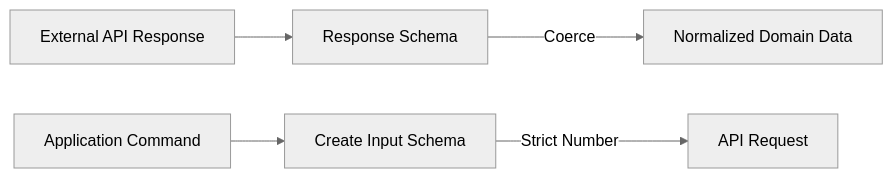
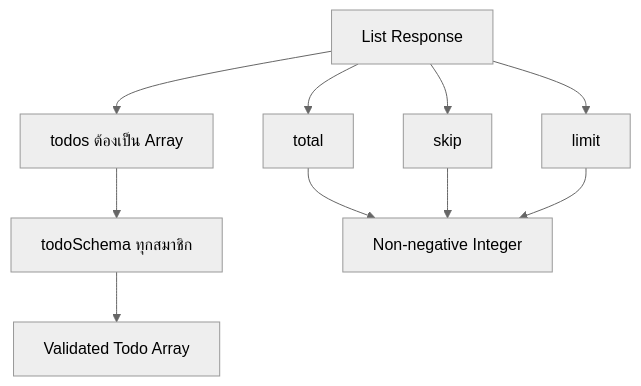
One commit to thehermitdev/tanstack-router-boilerplate changed the fourth of 6 diagrams in docs/details/todos/api-contract-test.md. Above: the diagram before and after it, drawn with Mermaid (neutral theme). The commit also changed other lines of this file, not shown here.

Commit message:
docs: refine todos API contract testing guide

````diff
--- a/docs/details/todos/api-contract-test.md
+++ b/docs/details/todos/api-contract-test.md
@@ -1357,8 +1250,13 @@
 ```mermaid
-flowchart LR
-    A[External API Response] --> B[Response Schema]
-    B -->|Coerce| C[Normalized Domain Data]
+flowchart TD
+    A[List Response] --> B[todos ต้องเป็น Array]
+    B --> C[todoSchema ทุกสมาชิก]
+    A --> D[total]
+    A --> E[skip]
+    A --> F[limit]
 
-    D[Application Command] --> E[Create Input Schema]
-    E -->|Strict Number| F[API Request]
+    C --> G[Validated Todo Array]
+    D --> H[Non-negative Integer]
+    E --> H
+    F --> H
 ```
````
